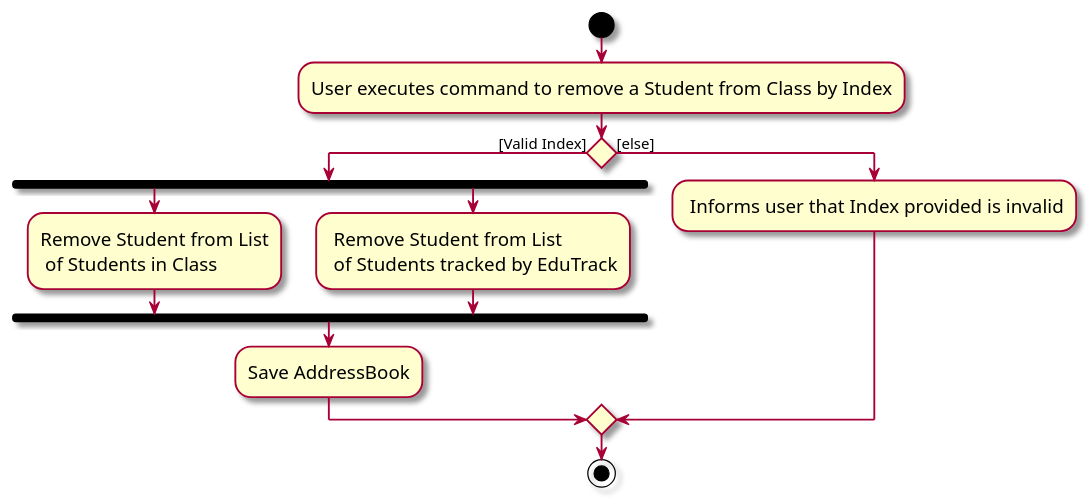
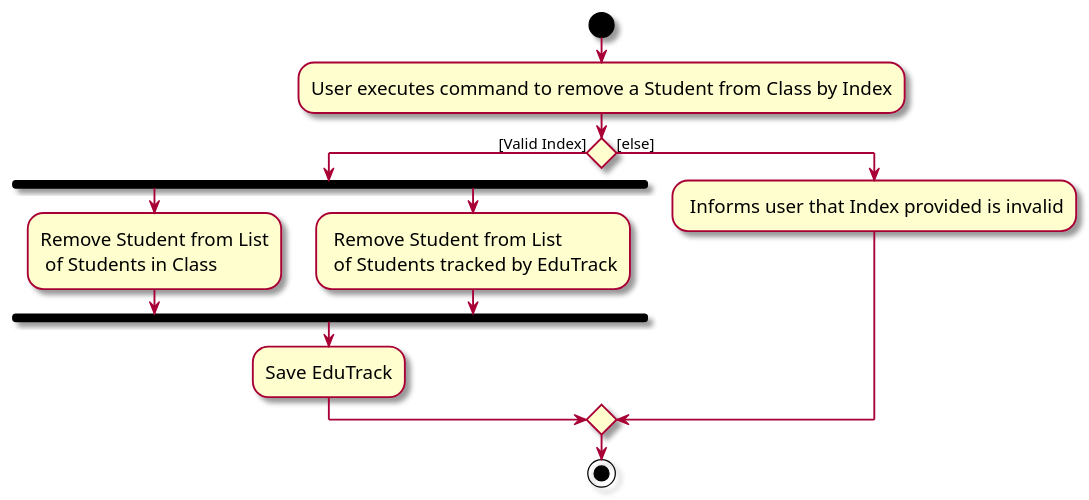
Before and after one commit to AY2324S1-CS2103T-T15-3/tp: the diagram in diagrams/RemoveStudentActivityDiagram.puml, drawn with PlantUML. The commit also changed 33 other files, not shown here.

```diff
--- a/diagrams/RemoveStudentActivityDiagram.puml
+++ b/diagrams/RemoveStudentActivityDiagram.puml
@@ -1,24 +1,24 @@
 @startuml
 skin rose
 skinparam ActivityFontSize 15
 skinparam ArrowFontSize 12
 start
 :User executes command to remove a Student from Class by Index;
 
 'Since the beta syntax does not support placing the condition outside the
 'diamond we place it as the true branch instead.
 
 if () then ([Valid Index])
     fork
         :Remove Student from List\n of Students in Class;
 
     fork again
         : Remove Student from List\n of Students tracked by EduTrack;
     end fork
-    :Save AddressBook;
+    :Save EduTrack;
 else ([else])
     : Informs user that Index provided is invalid;
 endif
 stop
 
 @enduml
```
